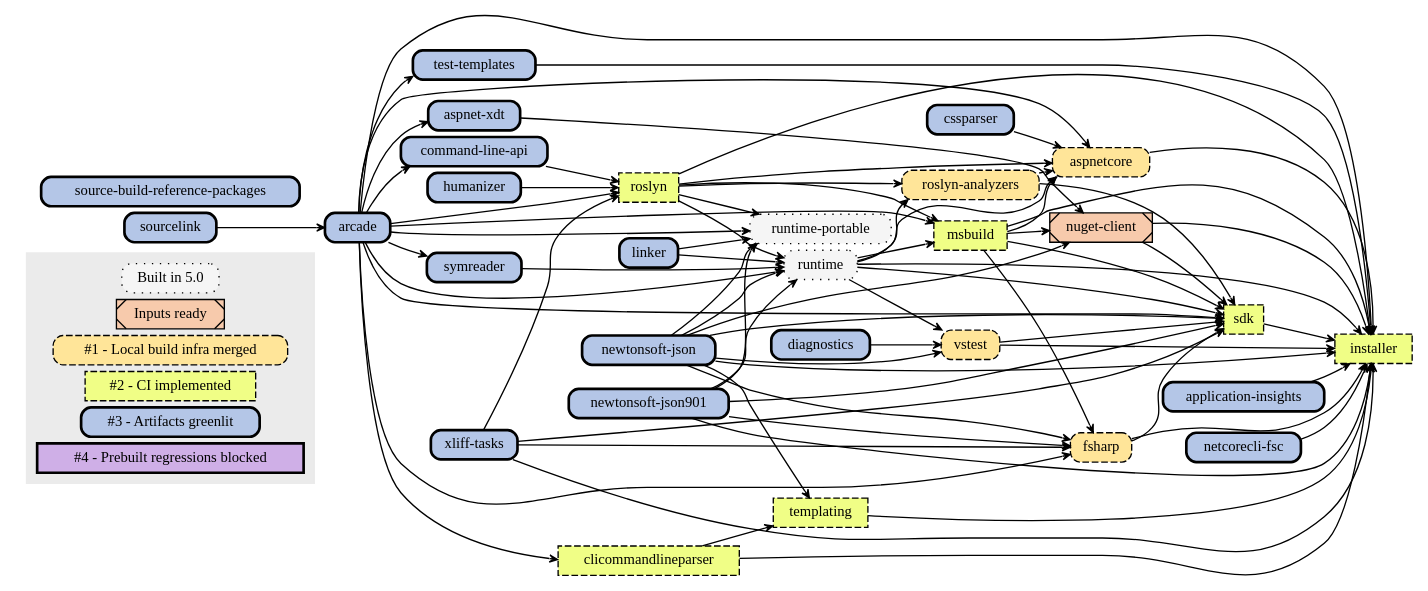
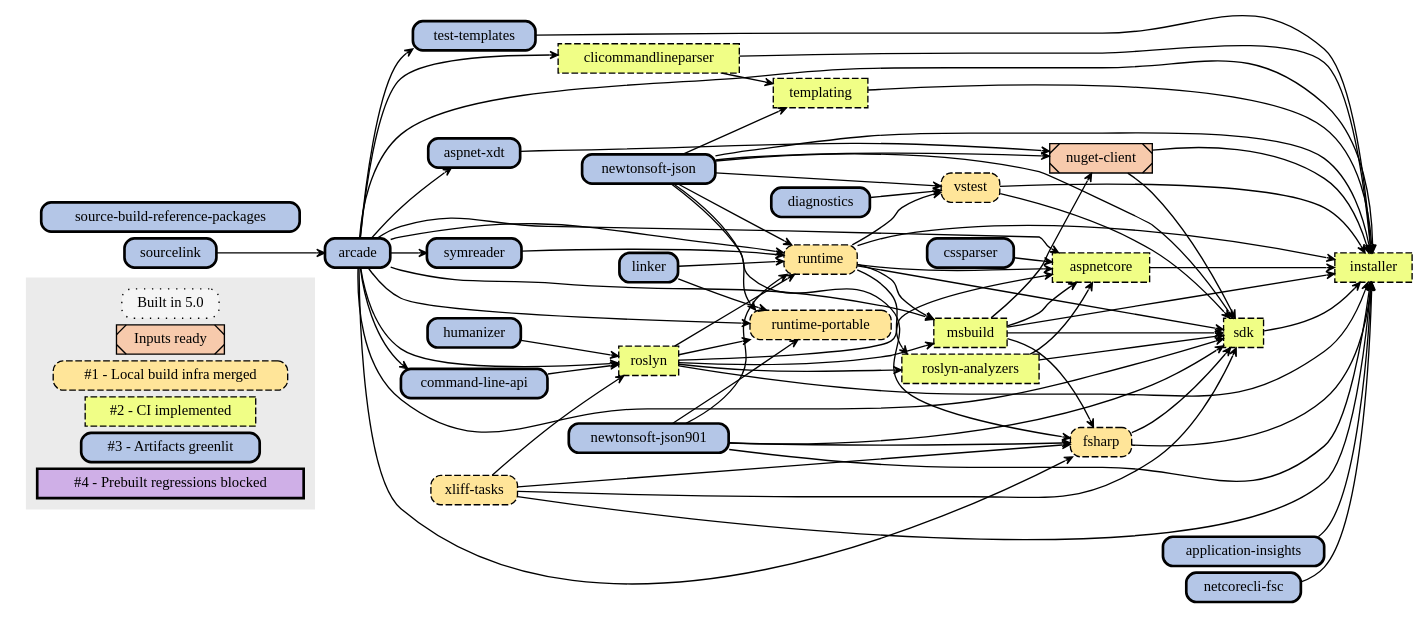
Before and after one commit to dotnet/source-build: the diagram in Documentation/planning/arcade-powered-source-build/img/implementation-plan-graph.dot, drawn with Graphviz. The commit also changed other lines of this file, not shown here.

```diff
--- a/Documentation/planning/arcade-powered-source-build/img/implementation-plan-graph.dot
+++ b/Documentation/planning/arcade-powered-source-build/img/implementation-plan-graph.dot
@@ -1,147 +1,147 @@
 // dot.exe implementation-plan-graph.dot -Tsvg -o implementation-plan-graph.svg
 
 digraph {
 node[
   shape=rect
   width=0 height=0 margin=0.07
   style=filled
   fontsize=11]
 edge[
   penwidth=1
   arrowsize=0.6
   arrowhead=vee
   pencolor="#444444"]
 rankdir=LR
 nodesep=0.07
 ranksep=0.08
 
 node [fillcolor="#F5F5F5",style="dotted,filled,rounded",tooltip="Built"]
 "pre0"[label="Built in 5.0"]
-"runtime-portable"
-"runtime"
 
 node [fillcolor="#F7CAAC",style="filled,diagonals",tooltip="Inputs ready"]
 "pre1"[label="Inputs ready"]
 "nuget-client"
 
 node [fillcolor="#FFE599",style="dashed,filled,rounded",tooltip="1"]
 "s1"[label="#1 - Local build infra merged"]
-"aspnetcore"
 "fsharp"
-"roslyn-analyzers"
 "vstest"
+"runtime-portable"
+"runtime"
+"xliff-tasks"
 
 node [fillcolor="#F0FE86",style="dashed,filled",tooltip="2"]
 "s2"[label="#2 - CI implemented"]
+"aspnetcore"
 "clicommandlineparser"
 "installer"
 "msbuild"
 "roslyn"
+"roslyn-analyzers"
 "sdk"
 "templating"
 
 node [fillcolor="#B4C6E7",style="bold,filled,rounded",tooltip="3"]
 "s3"[label="#3 - Artifacts greenlit"]
 "application-insights"
 "arcade"
 "aspnet-xdt"
 "command-line-api"
 "cssparser"
 "diagnostics"
 "humanizer"
 "linker"
 "netcorecli-fsc"
 "newtonsoft-json"
 "newtonsoft-json901"
 "source-build-reference-packages"
 "sourcelink"
 "symreader"
 "test-templates"
-"xliff-tasks"
 
 node [fillcolor="#CFAFE7",style="bold,filled",tooltip="4"]
 "s4"[label="#4 - Prebuilt regressions blocked"]
 
 // Color all future nodes red. All nodes should be accounted for: red means they need a category.
 node [fillcolor="#FF0000",style=filled]
 
 subgraph clusterLegend {
   style=filled
   color="#ebebeb"
   "pre0" "pre1" "s1" "s2" "s3" "s4"
 }
 
 // Remaining text created by generate-graphviz.proj based on repos/*.proj:
 "sourcelink" -> "arcade"
 "arcade" -> "aspnet-xdt"
 "arcade" -> "aspnetcore"
 "cssparser" -> "aspnetcore"
 "runtime" -> "aspnetcore"
 "msbuild" -> "aspnetcore"
 "roslyn" -> "aspnetcore"
 "roslyn-analyzers" -> "aspnetcore"
 "arcade" -> "clicommandlineparser"
 "arcade" -> "command-line-api"
 "arcade" -> "fsharp"
 "msbuild" -> "fsharp"
 "newtonsoft-json901" -> "fsharp"
 "newtonsoft-json" -> "fsharp"
 "xliff-tasks" -> "fsharp"
 "application-insights" -> "installer"
 "arcade" -> "installer"
 "aspnetcore" -> "installer"
 "clicommandlineparser" -> "installer"
 "fsharp" -> "installer"
 "msbuild" -> "installer"
 "netcorecli-fsc" -> "installer"
 "newtonsoft-json" -> "installer"
 "newtonsoft-json901" -> "installer"
 "nuget-client" -> "installer"
 "roslyn" -> "installer"
 "runtime" -> "installer"
 "sdk" -> "installer"
 "templating" -> "installer"
 "test-templates" -> "installer"
 "vstest" -> "installer"
 "xliff-tasks" -> "installer"
 "arcade" -> "msbuild"
 "runtime" -> "msbuild"
 "roslyn" -> "msbuild"
 "newtonsoft-json" -> "nuget-client"
 "msbuild" -> "nuget-client"
 "aspnet-xdt" -> "nuget-client"
 "runtime" -> "roslyn-analyzers"
 "roslyn" -> "roslyn-analyzers"
 "arcade" -> "roslyn"
 "command-line-api" -> "roslyn"
 "humanizer" -> "roslyn"
 "xliff-tasks" -> "roslyn"
 "arcade" -> "runtime-portable"
 "linker" -> "runtime-portable"
 "newtonsoft-json" -> "runtime-portable"
 "newtonsoft-json901" -> "runtime-portable"
 "roslyn" -> "runtime-portable"
 "arcade" -> "runtime"
 "symreader" -> "runtime"
 "linker" -> "runtime"
 "newtonsoft-json" -> "runtime"
 "newtonsoft-json901" -> "runtime"
 "roslyn" -> "runtime"
 "arcade" -> "sdk"
 "xliff-tasks" -> "sdk"
 "runtime" -> "sdk"
 "msbuild" -> "sdk"
 "newtonsoft-json" -> "sdk"
 "newtonsoft-json901" -> "sdk"
 "nuget-client" -> "sdk"
 "roslyn-analyzers" -> "sdk"
 "vstest" -> "sdk"
 "fsharp" -> "sdk"
 "arcade" -> "symreader"
 "clicommandlineparser" -> "templating"
 "newtonsoft-json" -> "templating"
 "arcade" -> "test-templates"
 "diagnostics" -> "vstest"
 "runtime" -> "vstest"
 "newtonsoft-json" -> "vstest"
 }
```
